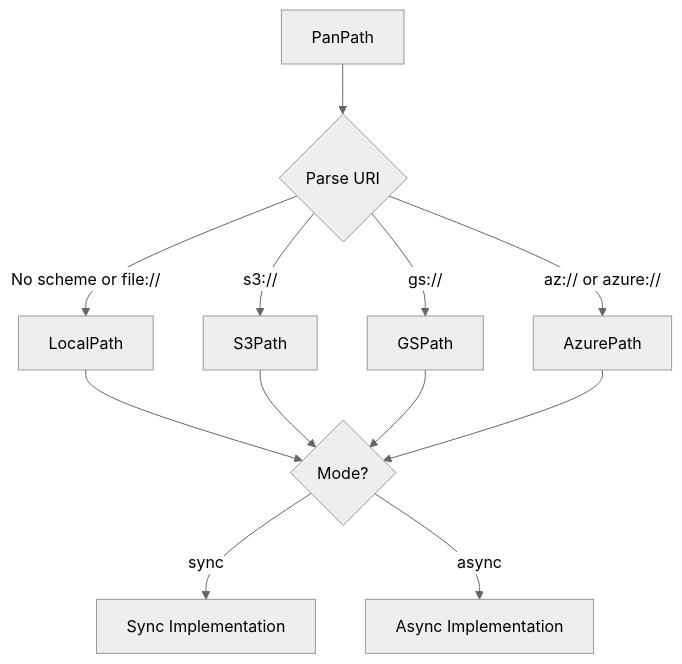
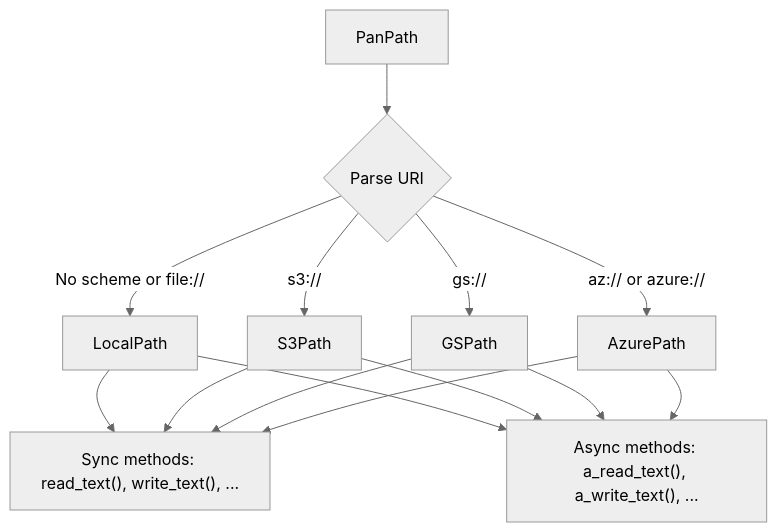
The diagram in docs/getting-started/concepts.md (pwwang/panpath), drawn with Mermaid (neutral theme) before and after one commit. The commit also changed other lines of this file and 82 other files, not shown here.

First line of the commit message:
refactor: refactor PanPath implementation and tests for improved clarity and async support

````diff
--- a/docs/getting-started/concepts.md
+++ b/docs/getting-started/concepts.md
@@ -74,16 +75,18 @@
 ```mermaid
 graph TD
     A[PanPath] --> B{Parse URI}
     B -->|No scheme or file://| C[LocalPath]
     B -->|s3://| D[S3Path]
     B -->|gs://| E[GSPath]
     B -->|az:// or azure://| F[AzurePath]
 
-    C --> G{Mode?}
+    C --> G["Sync methods: read_text(), write_text(), ..."]
     D --> G
     E --> G
     F --> G
 
-    G -->|sync| H[Sync Implementation]
-    G -->|async| I[Async Implementation]
+    C --> H["Async methods: a_read_text(), a_write_text(), ..."]
+    D --> H
+    E --> H
+    F --> H
 ```
````
